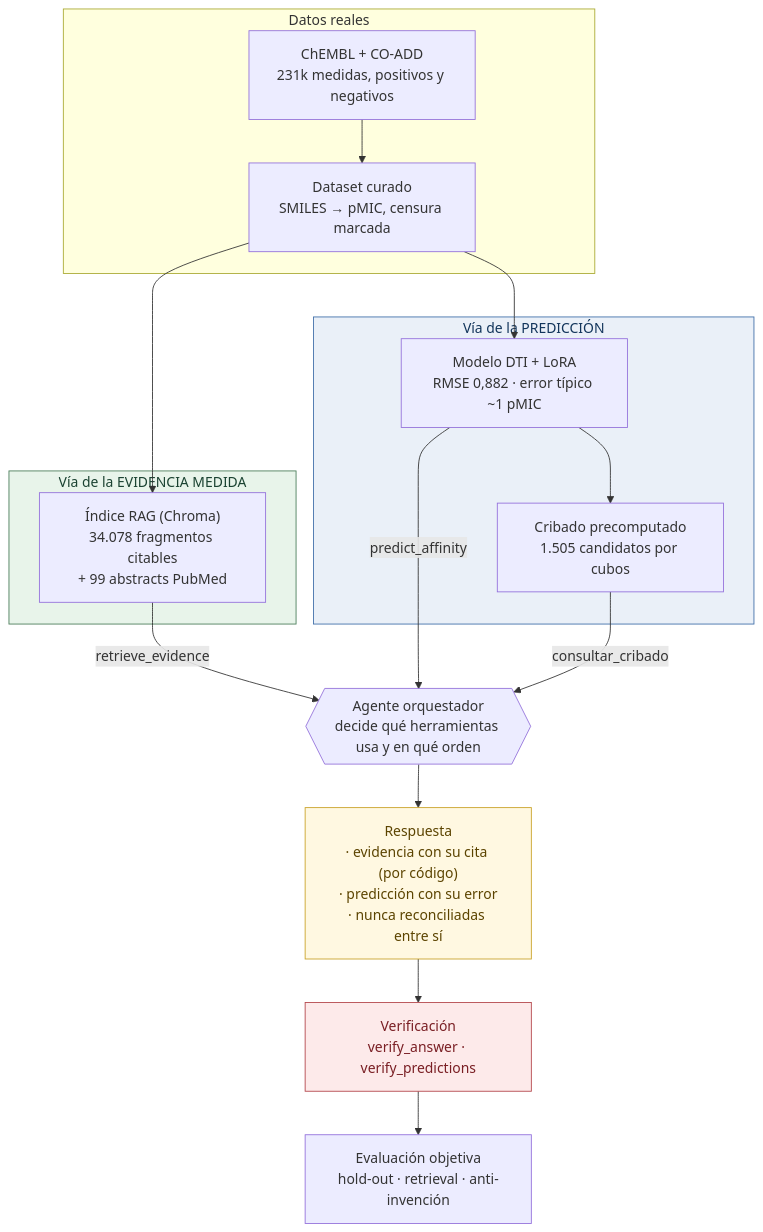
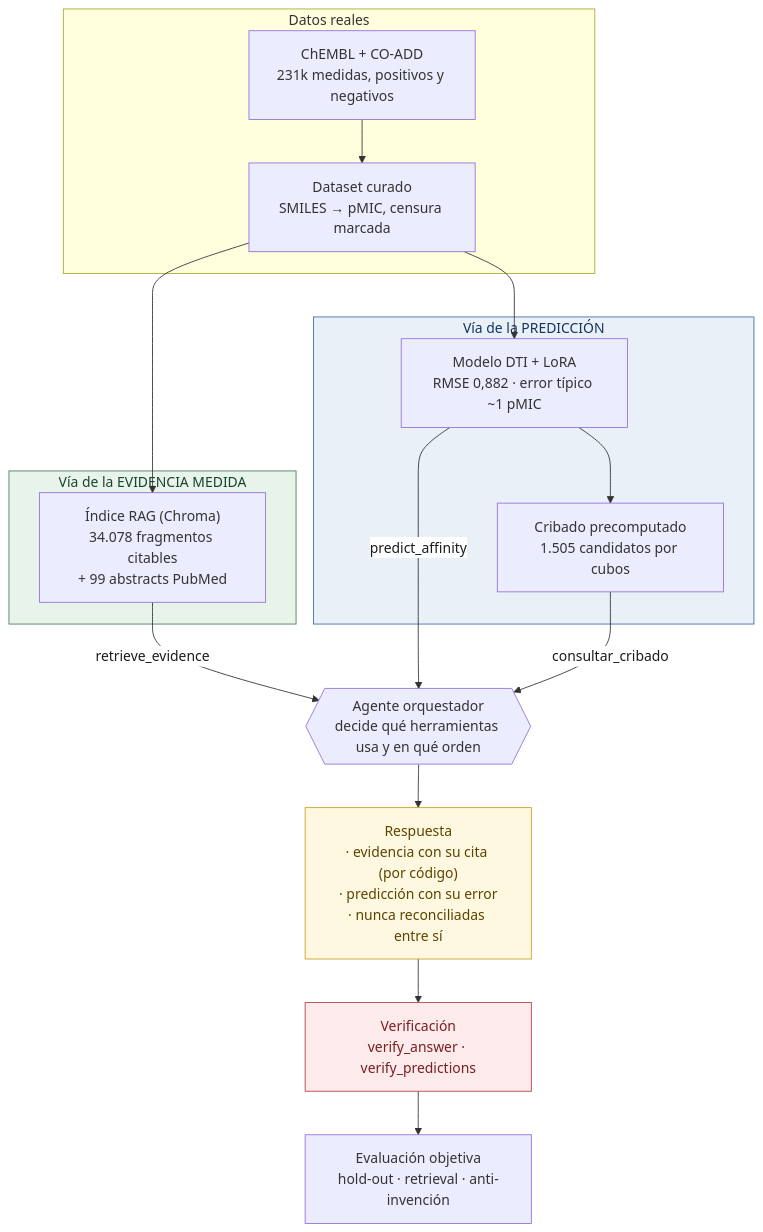
The first of 3 diagrams in README.md (julenmg/AI4Devs-finalproject), drawn with Mermaid before and after one commit. The commit also changed other lines of this file, not shown here.

````diff
--- a/README.md
+++ b/README.md
@@ -177,37 +177,40 @@
 ```mermaid
+%%{init: {'themeVariables': {'edgeLabelBackground':'#ffffff'}}}%%
 flowchart TD
     subgraph datos["Datos reales"]
         CH["ChEMBL + CO-ADD<br/>231k medidas, positivos y negativos"]
         CU["Dataset curado<br/>SMILES → pMIC, censura marcada"]
         CH --> CU
     end
 
     CU --> IDX
     CU --> LORA
 
     subgraph medida["Vía de la EVIDENCIA MEDIDA"]
         IDX["Índice RAG (Chroma)<br/>34.078 fragmentos citables<br/>+ 99 abstracts PubMed"]
     end
 
     subgraph pred["Vía de la PREDICCIÓN"]
         LORA["Modelo DTI + LoRA<br/>RMSE 0,882 · error típico ~1 pMIC"]
         SCR["Cribado precomputado<br/>1.505 candidatos por cubos"]
         LORA --> SCR
     end
 
     AG{{"Agente orquestador<br/>decide qué herramientas usa y en qué orden"}}
 
     IDX -->|"retrieve_evidence"| AG
     LORA -->|"predict_affinity"| AG
     SCR -->|"consultar_cribado"| AG
 
     AG --> RESP["Respuesta<br/>· evidencia con su cita (por código)<br/>· predicción con su error<br/>· nunca reconciliadas entre sí"]
 
     RESP --> VER["Verificación<br/>verify_answer · verify_predictions"]
     VER --> EVAL["Evaluación objetiva<br/>hold-out · retrieval · anti-invención"]
 
     style medida fill:#e8f4ea,stroke:#4a7c59,color:#1b4332
     style pred fill:#eaf0f8,stroke:#3f6ea8,color:#12355b
     style RESP fill:#fff8e1,stroke:#c9a227,color:#5c4400
     style VER fill:#fdeaea,stroke:#b3454a,color:#7a1f24
+
+    linkStyle default color:#1b1b1b
 ```
````
